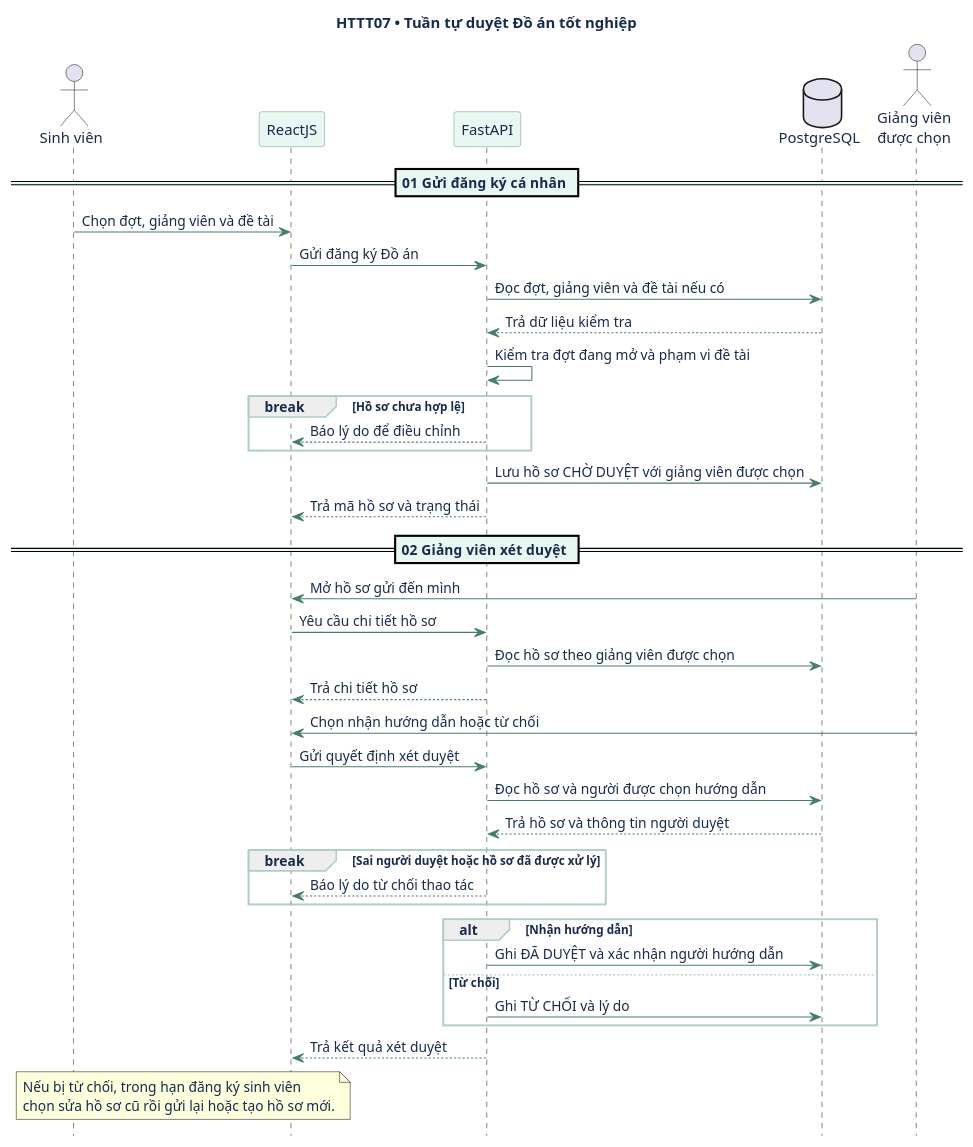
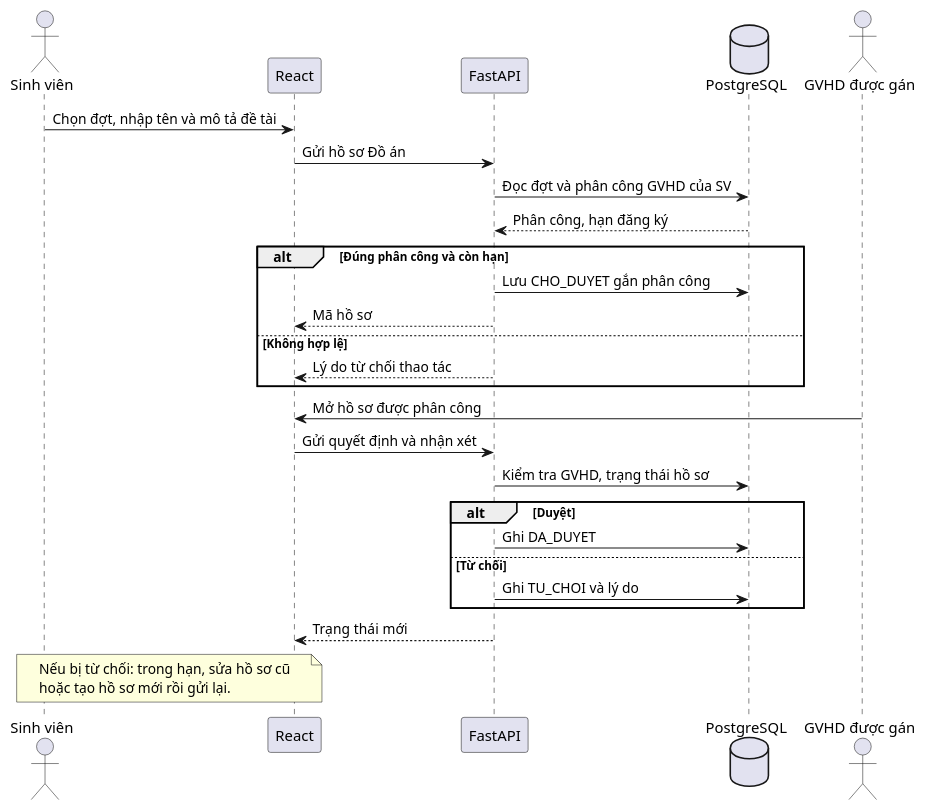
One commit to lam-vu6868/HTQL_TieuLuan_DoAN changed the fourth of 6 diagrams in 02-so-do-uml.md. Above: the diagram before and after it, drawn with PlantUML. The commit also changed other lines of this file and 40 other files, not shown here.

````diff
--- a/02-so-do-uml.md
+++ b/02-so-do-uml.md
@@ -271,52 +146,29 @@
 ```plantuml
 @startuml
-title HTTT07 • Tuần tự duyệt Đồ án tốt nghiệp
-hide footbox
-skinparam shadowing false
-skinparam DefaultFontName SansSerif
-skinparam defaultFontColor #172B4D
-skinparam ArrowColor #477C70
-skinparam ParticipantBackgroundColor #E9F7F2
-skinparam ParticipantBorderColor #6B9A8C
-skinparam SequenceDividerBackgroundColor #E9F7F2
-skinparam SequenceGroupBorderColor #AECFC4
-
 actor "Sinh viên" as SV
-participant "ReactJS" as UI
+participant "React" as FE
 participant "FastAPI" as API
 database "PostgreSQL" as DB
-actor "Giảng viên\nđược chọn" as GV
-
-== 01  Gửi đăng ký cá nhân ==
-SV -> UI: Chọn đợt, giảng viên và đề tài
-UI -> API: Gửi đăng ký Đồ án
-API -> DB: Đọc đợt, giảng viên và đề tài nếu có
-DB --> API: Trả dữ liệu kiểm tra
-API -> API: Kiểm tra đợt đang mở và phạm vi đề tài
-break Hồ sơ chưa hợp lệ
-  API --> UI: Báo lý do để điều chỉnh
+actor "GVHD được gán" as GV
+SV -> FE: Chọn đợt, nhập tên và mô tả đề tài
+FE -> API: Gửi hồ sơ Đồ án
+API -> DB: Đọc đợt và phân công GVHD của SV
+DB --> API: Phân công, hạn đăng ký
+alt Đúng phân công và còn hạn
+  API -> DB: Lưu CHO_DUYET gắn phân công
+  API --> FE: Mã hồ sơ
+else Không hợp lệ
+  API --> FE: Lý do từ chối thao tác
 end
-API -> DB: Lưu hồ sơ CHỜ DUYỆT với giảng viên được chọn
-API --> UI: Trả mã hồ sơ và trạng thái
-
-== 02  Giảng viên xét duyệt ==
-GV -> UI: Mở hồ sơ gửi đến mình
-UI -> API: Yêu cầu chi tiết hồ sơ
-API -> DB: Đọc hồ sơ theo giảng viên được chọn
-API --> UI: Trả chi tiết hồ sơ
-GV -> UI: Chọn nhận hướng dẫn hoặc từ chối
-UI -> API: Gửi quyết định xét duyệt
-API -> DB: Đọc hồ sơ và người được chọn hướng dẫn
-DB --> API: Trả hồ sơ và thông tin người duyệt
-break Sai người duyệt hoặc hồ sơ đã được xử lý
-  API --> UI: Báo lý do từ chối thao tác
+GV -> FE: Mở hồ sơ được phân công
+FE -> API: Gửi quyết định và nhận xét
+API -> DB: Kiểm tra GVHD, trạng thái hồ sơ
+alt Duyệt
+  API -> DB: Ghi DA_DUYET
+else Từ chối
+  API -> DB: Ghi TU_CHOI và lý do
 end
-alt Nhận hướng dẫn
-  API -> DB: Ghi ĐÃ DUYỆT và xác nhận người hướng dẫn
-else Từ chối
-  API -> DB: Ghi TỪ CHỐI và lý do
-end
-API --> UI: Trả kết quả xét duyệt
-note over SV,UI: Nếu bị từ chối, trong hạn đăng ký sinh viên\nchọn sửa hồ sơ cũ rồi gửi lại hoặc tạo hồ sơ mới.
+API --> FE: Trạng thái mới
+note over SV,FE: Nếu bị từ chối: trong hạn, sửa hồ sơ cũ\nhoặc tạo hồ sơ mới rồi gửi lại.
 @enduml
 ```
````
